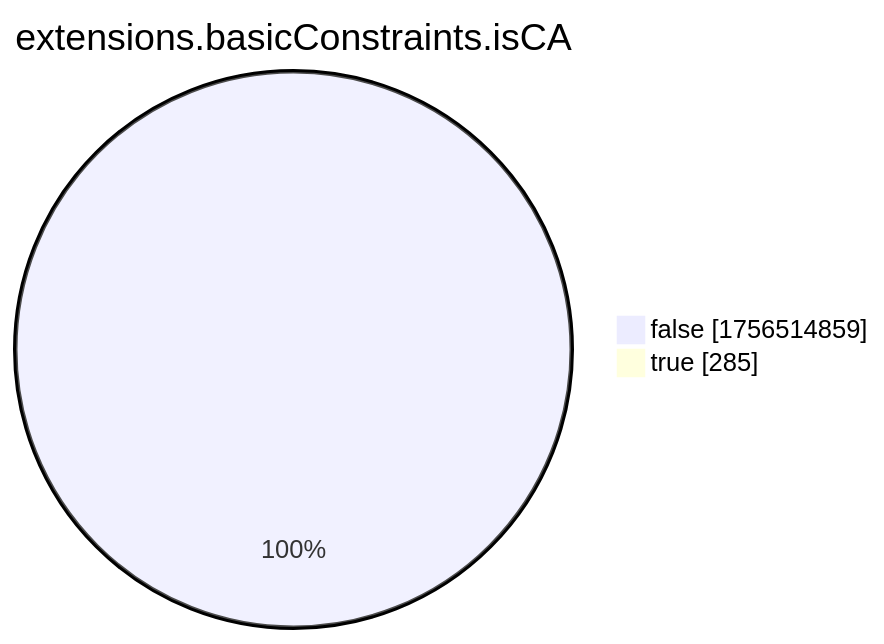
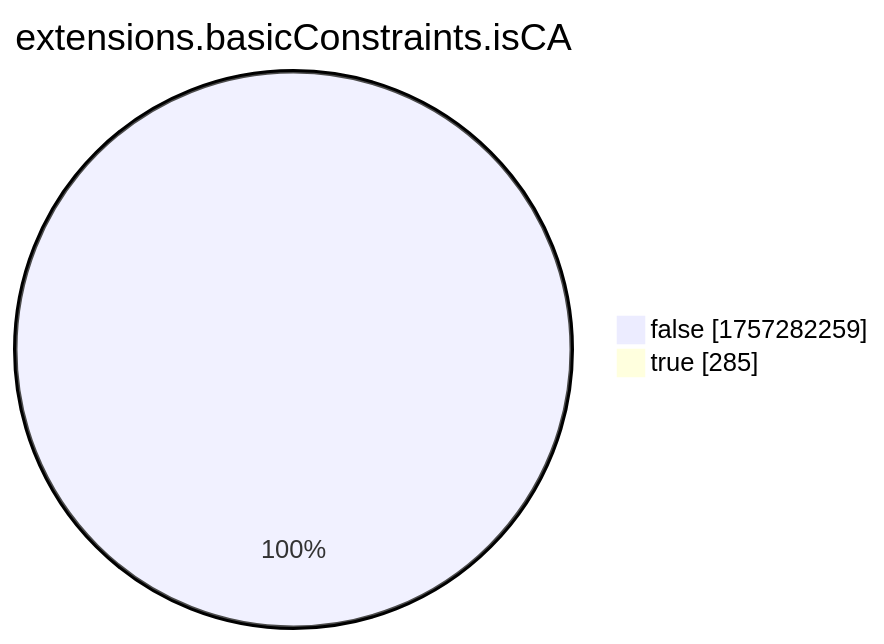
One commit to christiankrug/ctmonitor_visualization changed the eighth of 15 diagrams in xenon2022/README.md. Above: the diagram before and after it, drawn with Mermaid. The commit also changed other lines of this file, not shown here.

````diff
--- a/xenon2022/README.md
+++ b/xenon2022/README.md
@@ -2868,6 +2868,6 @@
 ```mermaid
 pie showData
 title extensions.basicConstraints.isCA
-"false" :1756514859
+"false" :1757282259
 "true" :285
 ```
````
